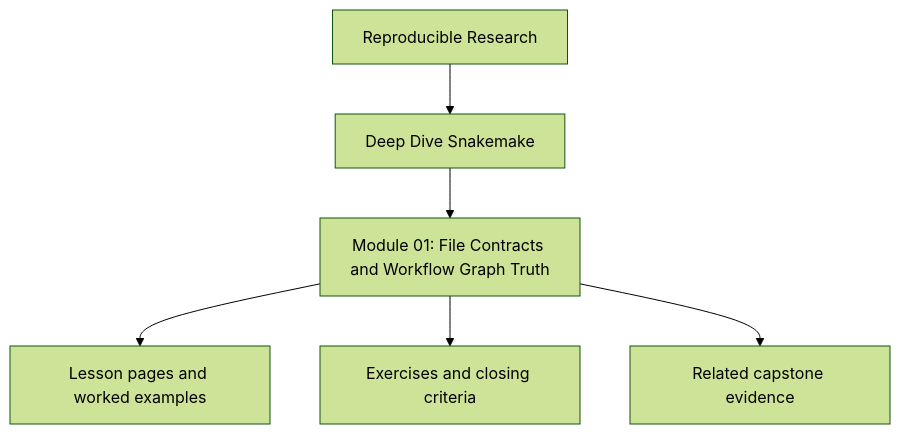
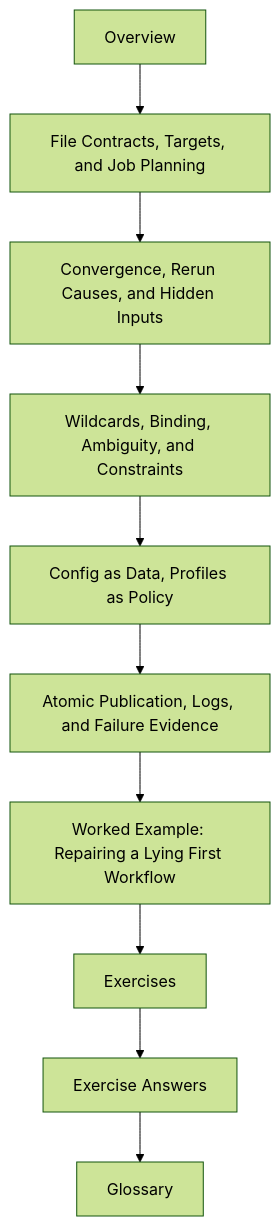
The diagram in programs/reproducible-research/deep-dive-snakemake/course-book/module-01-file-contracts-workflow-graph-truth/index.md (bijux/bijux-masterclass), drawn with Mermaid (forest theme) before and after one commit. The commit also changed other lines of this file and 8 other files, not shown here.

Commit message:
docs(snakemake): establish module 01 course-book structure

````diff
--- a/programs/reproducible-research/deep-dive-snakemake/course-book/module-01-file-contracts-workflow-graph-truth/index.md
+++ b/programs/reproducible-research/deep-dive-snakemake/course-book/module-01-file-contracts-workflow-graph-truth/index.md
@@ -9,8 +28,12 @@
 ```mermaid
 flowchart TD
-  family["Reproducible Research"] --> program["Deep Dive Snakemake"]
-  program --> module["Module 01: File Contracts and Workflow Graph Truth"]
-  module --> lessons["Lesson pages and worked examples"]
-  module --> checkpoints["Exercises and closing criteria"]
-  module --> capstone["Related capstone evidence"]
+  start["Overview"] --> core1["File Contracts, Targets, and Job Planning"]
+  core1 --> core2["Convergence, Rerun Causes, and Hidden Inputs"]
+  core2 --> core3["Wildcards, Binding, Ambiguity, and Constraints"]
+  core3 --> core4["Config as Data, Profiles as Policy"]
+  core4 --> core5["Atomic Publication, Logs, and Failure Evidence"]
+  core5 --> example["Worked Example: Repairing a Lying First Workflow"]
+  example --> practice["Exercises"]
+  practice --> answers["Exercise Answers"]
+  answers --> glossary["Glossary"]
 ```
````
